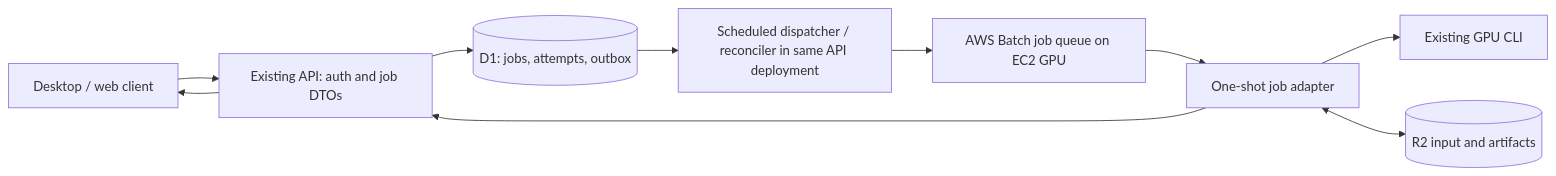
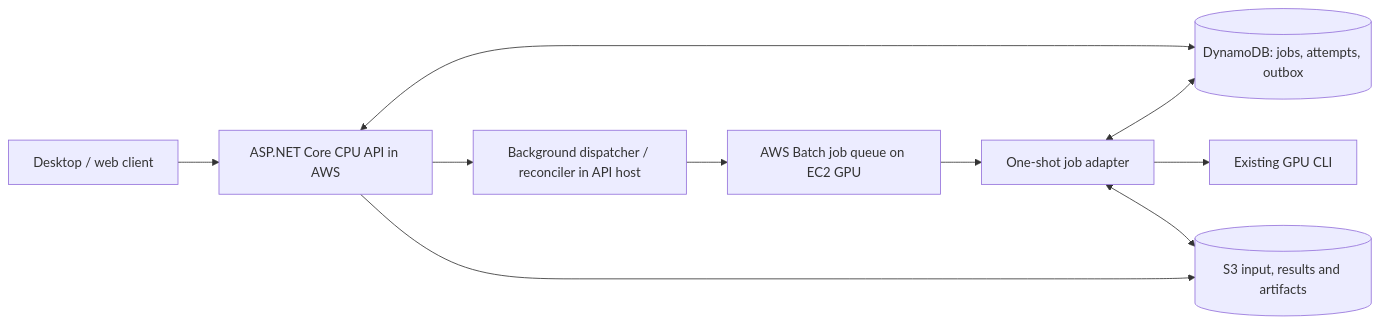
The diagram in docs/superpowers/specs/2026-10-21-snapsoft-gpu-poc-design.md (Mesililm-LLC/Trackdub), drawn with Mermaid before and after one commit. The commit also changed other lines of this file and 1 other file, not shown here.

Commit message:
Require AWS-only API and storage in GPU POC plan

````diff
--- a/docs/superpowers/specs/2026-10-21-snapsoft-gpu-poc-design.md
+++ b/docs/superpowers/specs/2026-10-21-snapsoft-gpu-poc-design.md
@@ -74,12 +74,12 @@
 ```mermaid
 flowchart LR
-  C[Desktop / web client] --> A[Existing API: auth and job DTOs]
-  A --> D[(D1: jobs, attempts, outbox)]
-  D --> S[Scheduled dispatcher / reconciler in same API deployment]
+  C[Desktop / web client] --> A[ASP.NET Core CPU API in AWS]
+  A <--> D[(DynamoDB: jobs, attempts, outbox)]
+  A --> S[Background dispatcher / reconciler in API host]
   S --> B[AWS Batch job queue on EC2 GPU]
   B --> W[One-shot job adapter]
   W --> CLI[Existing GPU CLI]
-  W <--> O[(R2 input and artifacts)]
-  W --> A
-  A --> C
+  W <--> O[(S3 input, results and artifacts)]
+  W <--> D
+  A --> O
 ```
````
